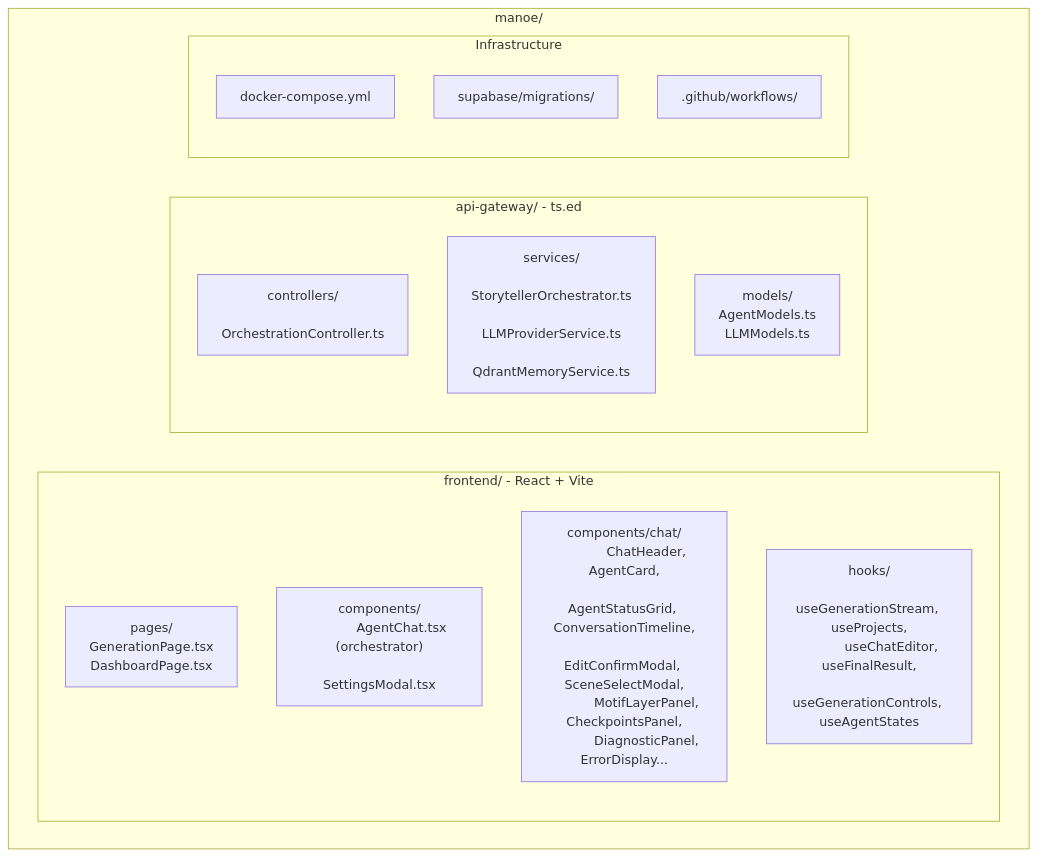
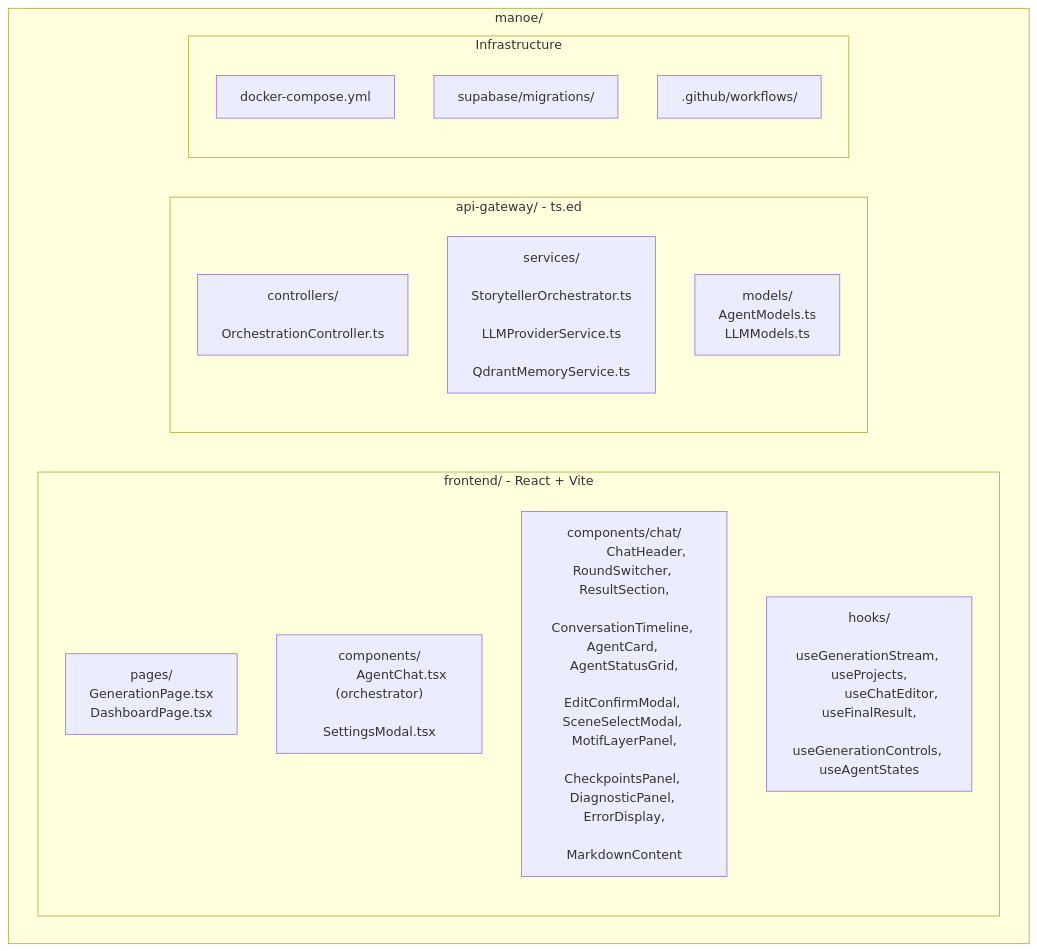
One commit to IShalkin/manoe changed the seventh of 9 diagrams in README.md. Above: the diagram before and after it, drawn with Mermaid. The commit also changed other lines of this file, not shown here.

Commit message:
fix: correct line counts per Greptile review
- Chat components: ~800 → ~1490 (actual count)
- New chat hooks: ~600/7 files → ~708/4 files (clarified scope)
- Mermaid diagram: list all 13 components explicitly
- Project structure: add useSettings.ts and useAuth.ts

````diff
--- a/README.md
+++ b/README.md
@@ -386,41 +386,41 @@
 ```mermaid
 flowchart TB
     subgraph Root["manoe/"]
         subgraph FE["frontend/ - React + Vite"]
             FE_Pages["pages/
             GenerationPage.tsx
             DashboardPage.tsx"]
             FE_Comp["components/
             AgentChat.tsx (orchestrator)
             SettingsModal.tsx"]
             FE_Chat["components/chat/
-            ChatHeader, AgentCard,
-            AgentStatusGrid, ConversationTimeline,
-            EditConfirmModal, SceneSelectModal,
-            MotifLayerPanel, CheckpointsPanel,
-            DiagnosticPanel, ErrorDisplay..."]
+            ChatHeader, RoundSwitcher, ResultSection,
+            ConversationTimeline, AgentCard, AgentStatusGrid,
+            EditConfirmModal, SceneSelectModal, MotifLayerPanel,
+            CheckpointsPanel, DiagnosticPanel, ErrorDisplay,
+            MarkdownContent"]
             FE_Hooks["hooks/
             useGenerationStream, useProjects,
             useChatEditor, useFinalResult,
             useGenerationControls, useAgentStates"]
         end
         
         subgraph GW["api-gateway/ - ts.ed"]
             GW_Ctrl["controllers/
             OrchestrationController.ts"]
             GW_Svc["services/
             StorytellerOrchestrator.ts
             LLMProviderService.ts
             QdrantMemoryService.ts"]
             GW_Models["models/
             AgentModels.ts
             LLMModels.ts"]
         end
         
         subgraph Infra["Infrastructure"]
             Docker["docker-compose.yml"]
             Supabase["supabase/migrations/"]
             GHA[".github/workflows/"]
         end
     end
 ```
````
